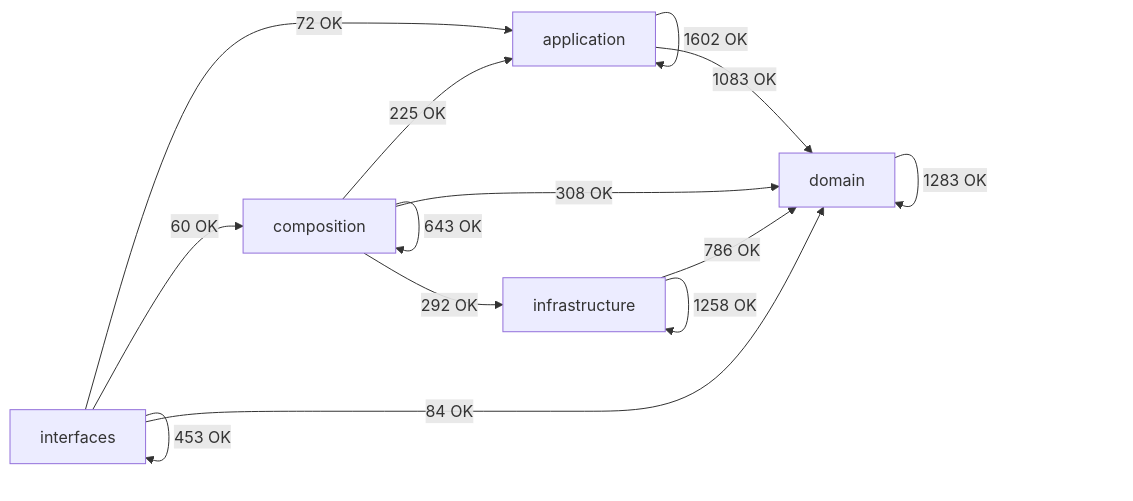
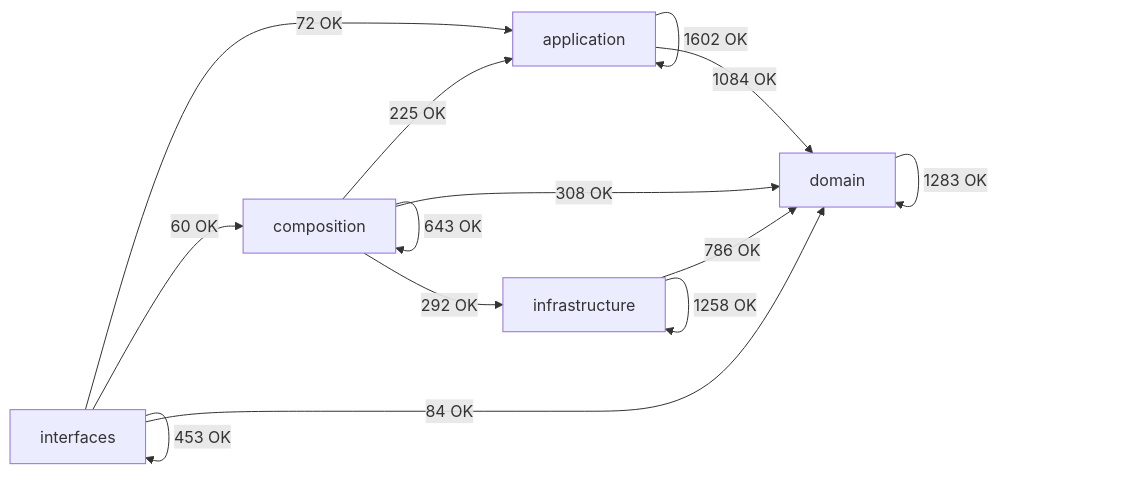
One commit to SatoryKono/BioactivityDataAcquisition changed the diagram in docs/02-architecture/generated/module-dependency-map.md. Above: the diagram before and after it, drawn with Mermaid. The commit also changed other lines of this file and 23 other files, not shown here.

````diff
--- a/docs/02-architecture/generated/module-dependency-map.md
+++ b/docs/02-architecture/generated/module-dependency-map.md
@@ -17,21 +17,21 @@
 ```mermaid
 flowchart LR
     domain[domain]
     application[application]
     infrastructure[infrastructure]
     composition[composition]
     interfaces[interfaces]
     application -->|1602 OK| application
-    application -->|1083 OK| domain
+    application -->|1084 OK| domain
     composition -->|225 OK| application
     composition -->|643 OK| composition
     composition -->|308 OK| domain
     composition -->|292 OK| infrastructure
     domain -->|1283 OK| domain
     infrastructure -->|786 OK| domain
     infrastructure -->|1258 OK| infrastructure
     interfaces -->|72 OK| application
     interfaces -->|60 OK| composition
     interfaces -->|84 OK| domain
     interfaces -->|453 OK| interfaces
 ```
````
